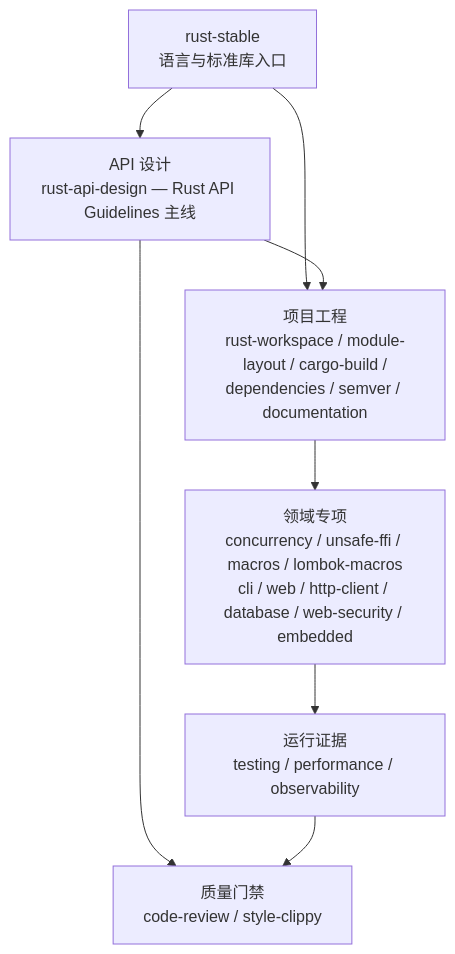
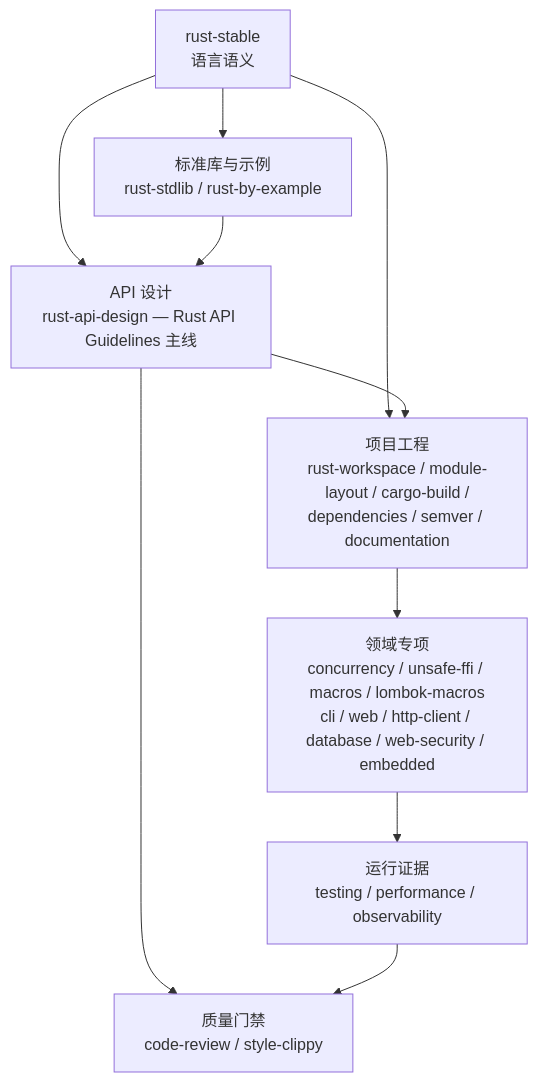
Before and after one commit to full-stack-skills/rust-skills: the diagram in README.zh-CN.md, drawn with Mermaid. The commit also changed other lines of this file and 41 other files, not shown here.

````diff
--- a/README.zh-CN.md
+++ b/README.zh-CN.md
@@ -55,17 +55,20 @@
 ```mermaid
 flowchart TB
-    S["rust-stable<br/>语言与标准库入口"]
+    S["rust-stable<br/>语言语义"]
+    L["标准库与示例<br/>rust-stdlib / rust-by-example"]
     A["API 设计<br/>rust-api-design — Rust API Guidelines 主线"]
     P["项目工程<br/>rust-workspace / module-layout / cargo-build /<br/>dependencies / semver / documentation"]
     D["领域专项<br/>concurrency / unsafe-ffi / macros / lombok-macros<br/>cli / web / http-client / database / web-security / embedded"]
     O["运行证据<br/>testing / performance / observability"]
     Q["质量门禁<br/>code-review / style-clippy"]
 
+    S --> L
     S --> A
+    L --> A
     S --> P
     A --> P
     A --> Q
     P --> D
     D --> O
     O --> Q
 ```
````
